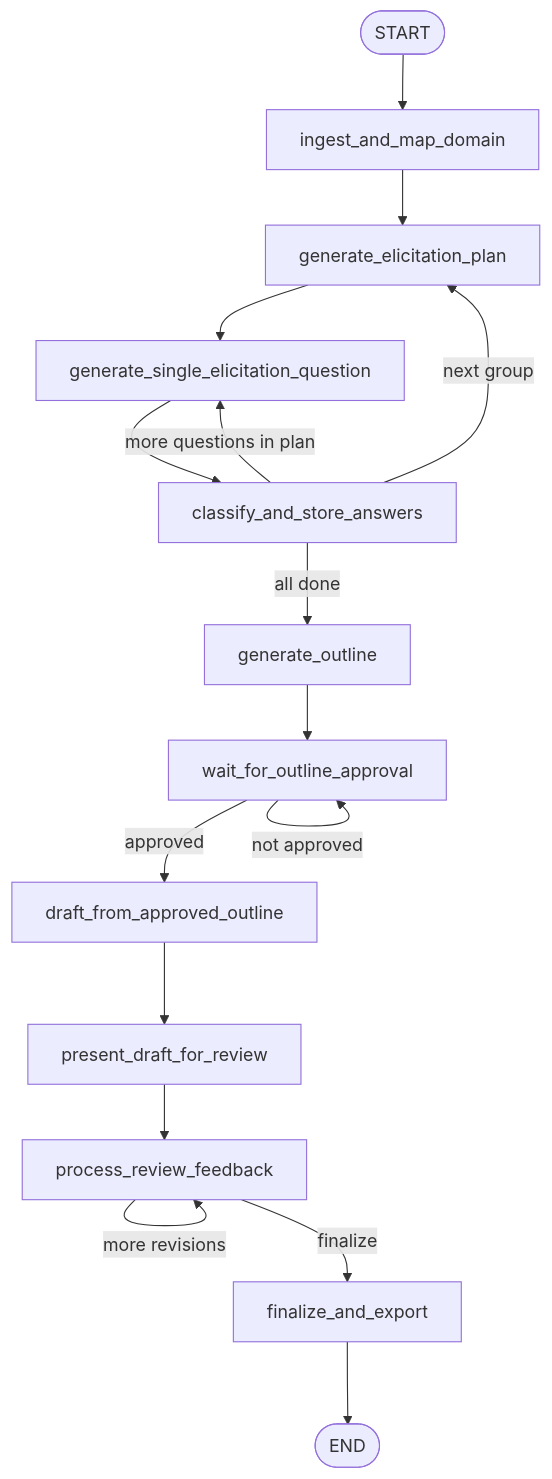
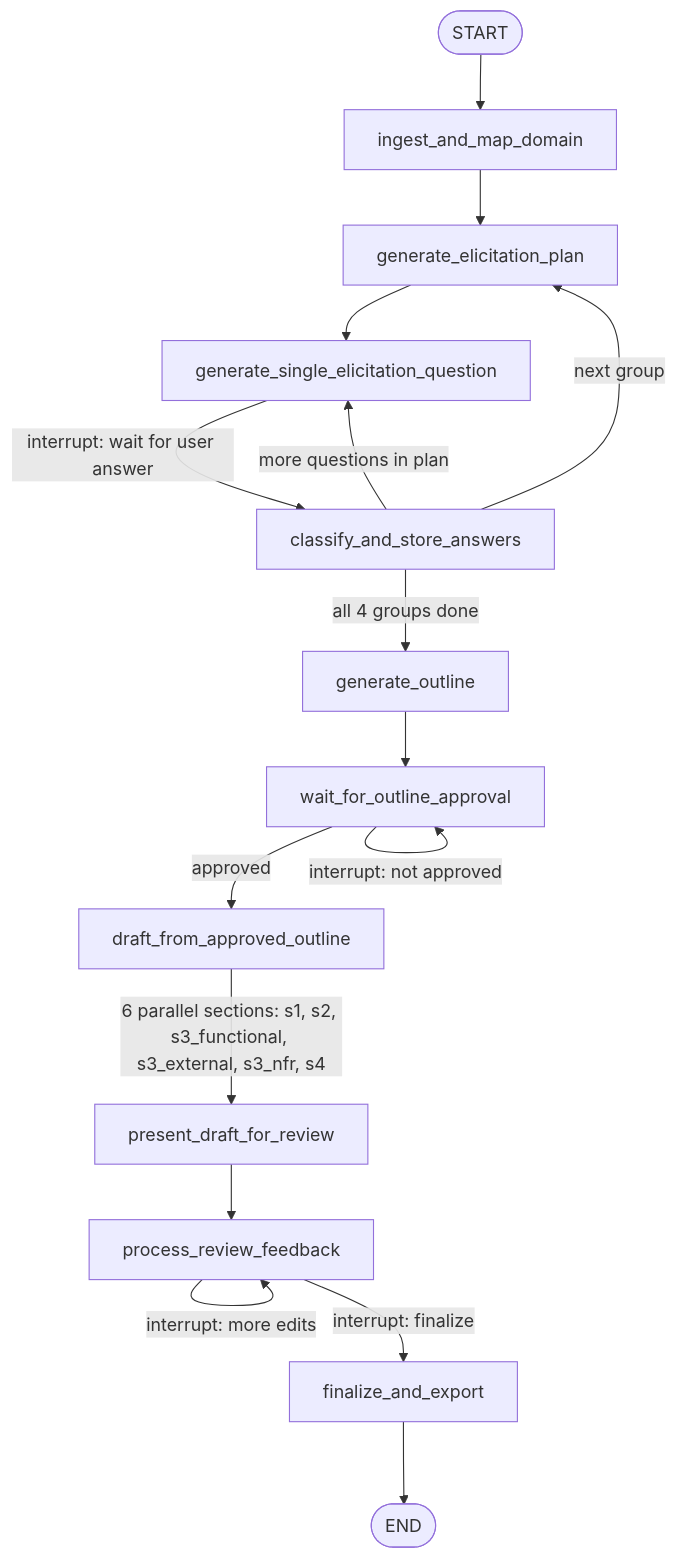
One commit to Ta1al/automated-SRS-generator changed the second of 2 diagrams in README.md. Above: the diagram before and after it, drawn with Mermaid. The commit also changed other lines of this file, not shown here.

Commit message:
Update architecture description

````diff
--- a/README.md
+++ b/README.md
@@ -84,23 +85,24 @@
 ```mermaid
 flowchart TD
     START([START]) --> ingest["ingest_and_map_domain"]
     ingest --> plan["generate_elicitation_plan"]
     plan --> q["generate_single_elicitation_question"]
-    q --> store["classify_and_store_answers"]
-    
+
+    q -->|interrupt: wait for user answer| store["classify_and_store_answers"]
+
     store -->|more questions in plan| q
     store -->|next group| plan
-    store -->|all done| outline["generate_outline"]
-    
+    store -->|all 4 groups done| outline["generate_outline"]
+
     outline --> wait["wait_for_outline_approval"]
-    wait -->|not approved| wait
+    wait -->|interrupt: not approved| wait
     wait -->|approved| draft["draft_from_approved_outline"]
-    
-    draft --> present["present_draft_for_review"]
+
+    draft -->|6 parallel sections: s1, s2, s3_functional, s3_external, s3_nfr, s4| present["present_draft_for_review"]
     present --> review["process_review_feedback"]
-    
-    review -->|more revisions| review
-    review -->|finalize| finalize["finalize_and_export"]
-    
+
+    review -->|interrupt: more edits| review
+    review -->|interrupt: finalize| finalize["finalize_and_export"]
+
     finalize --> END([END])
 ```
````
